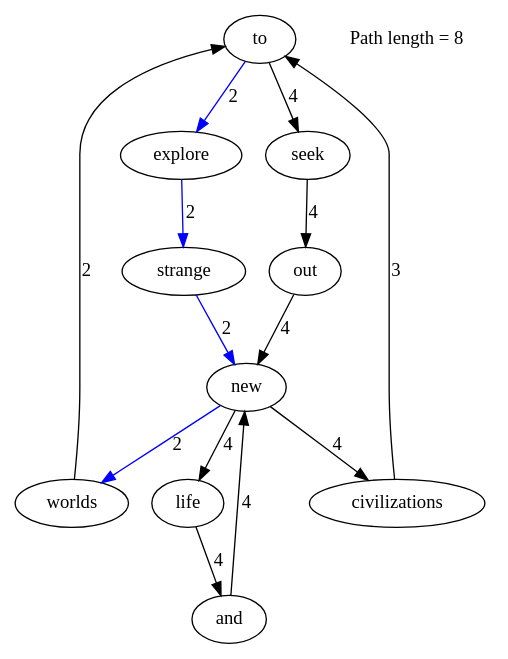
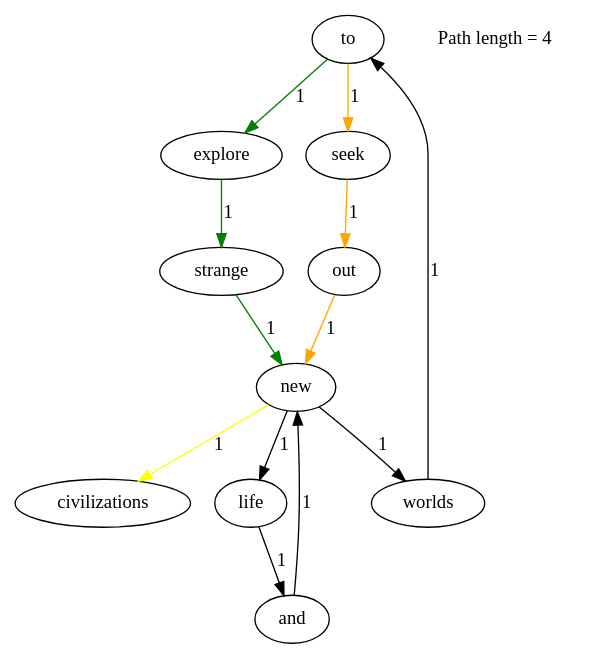
One commit to vic-yichen/Lab1-2021110640 changed the diagram in out/text/shortest_path.dot. Above: the diagram before and after it, drawn with Graphviz. The commit also changed 8 other files, not shown here.

```diff
--- a/out/text/shortest_path.dot
+++ b/out/text/shortest_path.dot
@@ -1,17 +1,16 @@
 digraph G {
     "to" [root=true];
-    "new" -> "worlds" [label="2", color="blue"];
-    "new" -> "civilizations" [label="4"];
-    "new" -> "life" [label="4"];
-    "worlds" -> "to" [label="2"];
-    "explore" -> "strange" [label="2", color="blue"];
-    "and" -> "new" [label="4"];
-    "to" -> "explore" [label="2", color="blue"];
-    "to" -> "seek" [label="4"];
-    "civilizations" -> "to" [label="3"];
-    "seek" -> "out" [label="4"];
-    "strange" -> "new" [label="2", color="blue"];
-    "life" -> "and" [label="4"];
-    "out" -> "new" [label="4"];
-    "Path length = 8" [label="Path length = 8", color="black", shape=none];
+    "new" -> "worlds" [label="1"];
+    "new" -> "civilizations" [label="1", color="yellow"];
+    "new" -> "life" [label="1"];
+    "worlds" -> "to" [label="1"];
+    "explore" -> "strange" [label="1", color="green"];
+    "and" -> "new" [label="1"];
+    "to" -> "explore" [label="1", color="green"];
+    "to" -> "seek" [label="1", color="orange"];
+    "seek" -> "out" [label="1", color="orange"];
+    "strange" -> "new" [label="1", color="green"];
+    "life" -> "and" [label="1"];
+    "out" -> "new" [label="1", color="orange"];
+    "Path length = 4" [label="Path length = 4", color="black", shape=none];
 }
```
